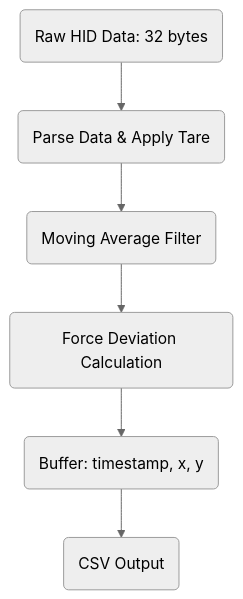
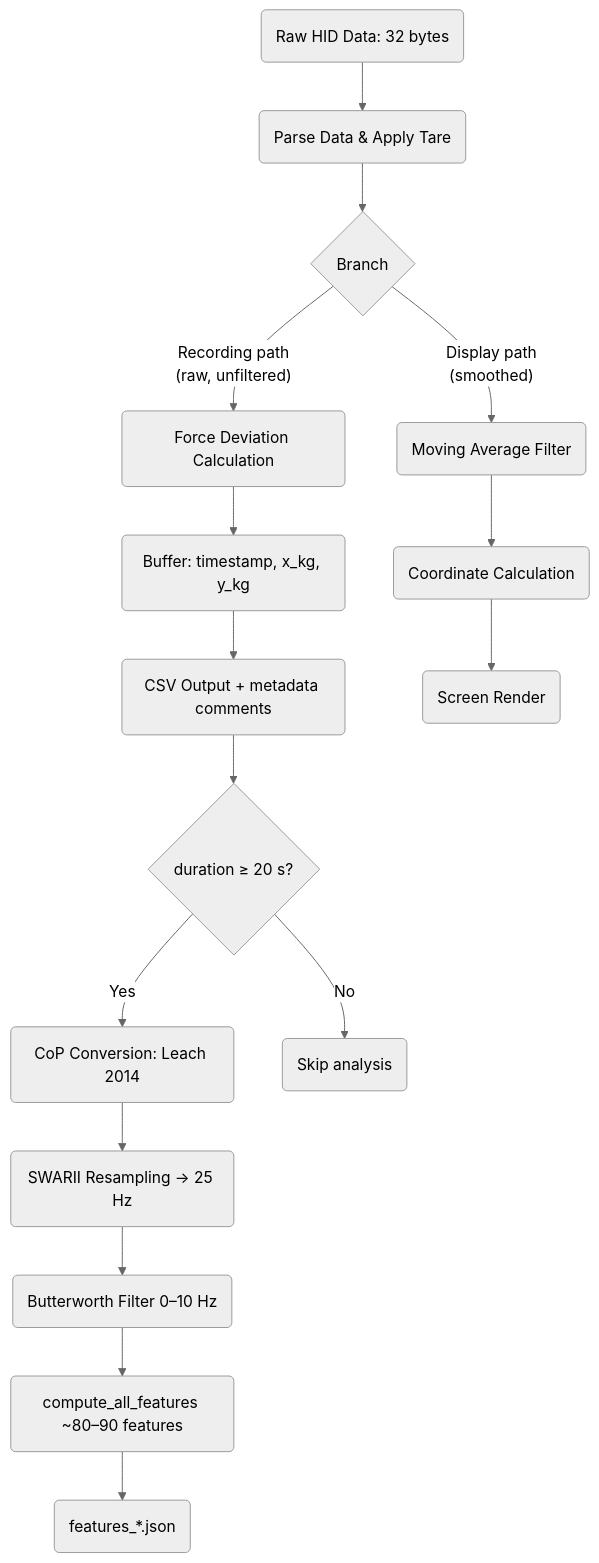
One commit to NeuroRehack/WIIBBLE changed the diagram in Docs/DATA_PIPELINE.md. Above: the diagram before and after it, drawn with Mermaid (neutral theme). The commit also changed other lines of this file, not shown here.

Commit message:
doc: enhance DATA_PIPELINE.md with detailed recording and display paths for posturographic analysis

````diff
--- a/Docs/DATA_PIPELINE.md
+++ b/Docs/DATA_PIPELINE.md
@@ -6,8 +7,18 @@
 ```mermaid
 flowchart TD
     A(Raw HID Data: 32 bytes) --> B(Parse Data & Apply Tare)
-    B --> C(Moving Average Filter)
-    C --> D(Force Deviation Calculation)
-    D --> E(Buffer: timestamp, x, y)
-    E --> F(CSV Output)
+    B --> C{Branch}
+    C -- "Recording path<br>(raw, unfiltered)" --> D(Force Deviation Calculation)
+    D --> E(Buffer: timestamp, x_kg, y_kg)
+    E --> F(CSV Output + metadata comments)
+    F --> G{duration ≥ 20 s?}
+    G -- Yes --> H(CoP Conversion: Leach 2014)
+    H --> I(SWARII Resampling → 25 Hz)
+    I --> J(Butterworth Filter 0–10 Hz)
+    J --> K(compute_all_features ~80–90 features)
+    K --> L(features_*.json)
+    G -- No --> M(Skip analysis)
+    C -- "Display path<br>(smoothed)" --> N(Moving Average Filter)
+    N --> O(Coordinate Calculation)
+    O --> P(Screen Render)
 ```
````
